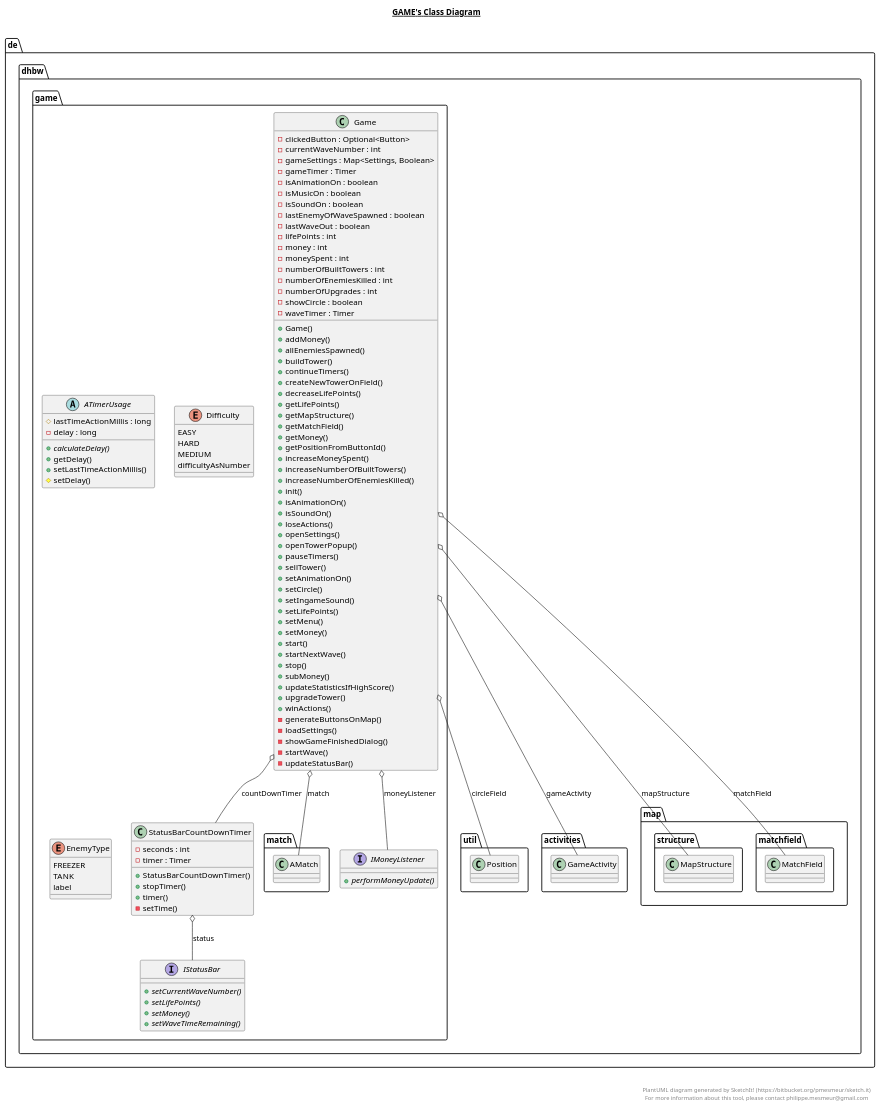
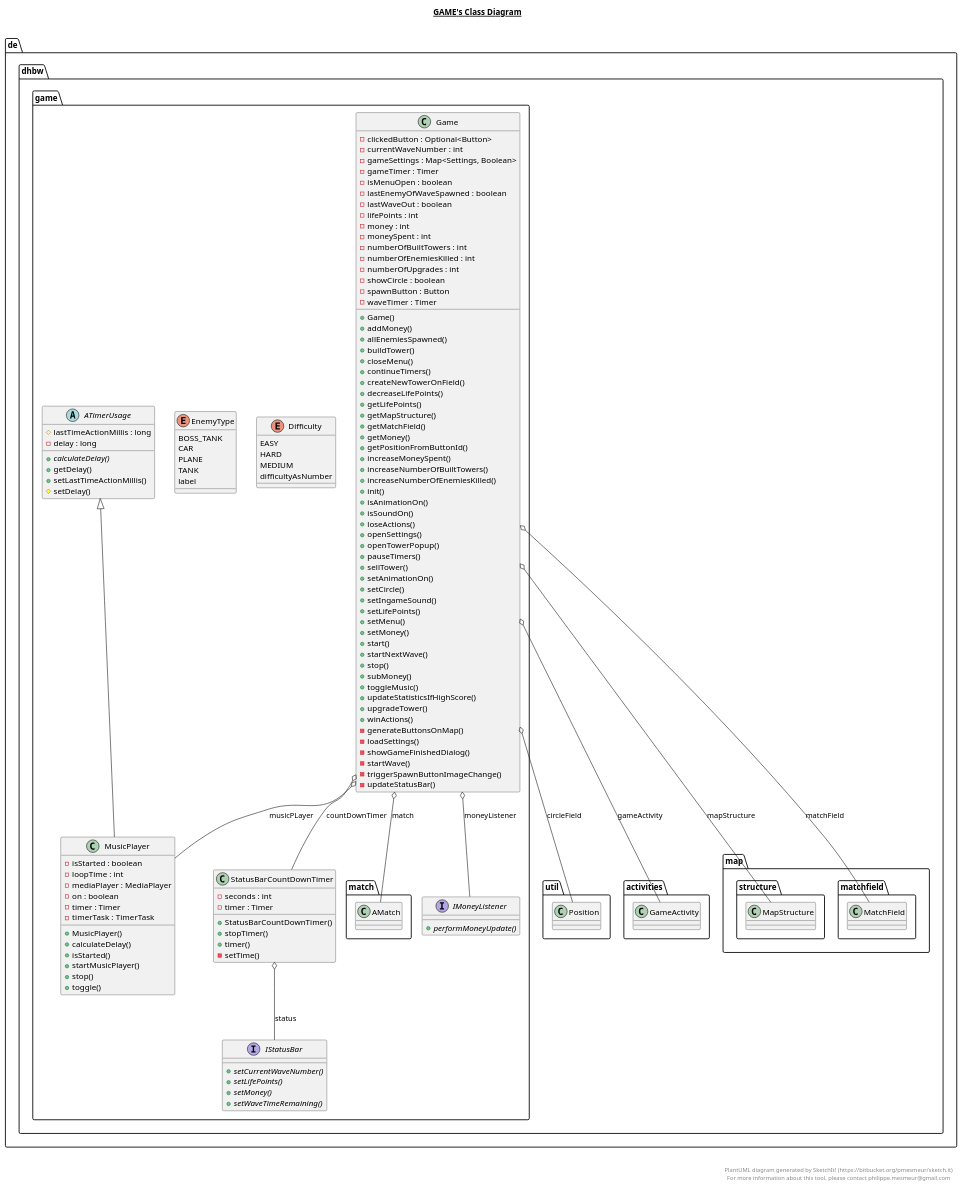
The diagram in app/src/main/java/de/dhbw/game/game.plantuml (niwa99/Tower-Defense), drawn with PlantUML before and after one commit. The commit also changed 12 other files, not shown here.

Commit message:
Update Class Diagram

```diff
--- a/app/src/main/java/de/dhbw/game/game.plantuml
+++ b/app/src/main/java/de/dhbw/game/game.plantuml
@@ -1,160 +1,186 @@
 @startuml
 
 title __GAME's Class Diagram__\n
 
   namespace de.dhbw {
     namespace game {
       abstract class de.dhbw.game.ATimerUsage {
           # lastTimeActionMillis : long
           - delay : long
           {abstract} + calculateDelay()
           + getDelay()
           + setLastTimeActionMillis()
           # setDelay()
       }
     }
   }
   
 
   namespace de.dhbw {
     namespace game {
       enum Difficulty {
         EASY
         HARD
         MEDIUM
         difficultyAsNumber
       }
     }
   }
   
 
   namespace de.dhbw {
     namespace game {
       enum EnemyType {
-        FREEZER
+        BOSS_TANK
+        CAR
+        PLANE
         TANK
         label
       }
     }
   }
   
 
   namespace de.dhbw {
     namespace game {
       class de.dhbw.game.Game {
           - clickedButton : Optional<Button>
           - currentWaveNumber : int
           - gameSettings : Map<Settings, Boolean>
           - gameTimer : Timer
-          - isAnimationOn : boolean
-          - isMusicOn : boolean
-          - isSoundOn : boolean
+          - isMenuOpen : boolean
           - lastEnemyOfWaveSpawned : boolean
           - lastWaveOut : boolean
           - lifePoints : int
           - money : int
           - moneySpent : int
           - numberOfBuiltTowers : int
           - numberOfEnemiesKilled : int
           - numberOfUpgrades : int
           - showCircle : boolean
+          - spawnButton : Button
           - waveTimer : Timer
           + Game()
           + addMoney()
           + allEnemiesSpawned()
           + buildTower()
+          + closeMenu()
           + continueTimers()
           + createNewTowerOnField()
           + decreaseLifePoints()
           + getLifePoints()
           + getMapStructure()
           + getMatchField()
           + getMoney()
           + getPositionFromButtonId()
           + increaseMoneySpent()
           + increaseNumberOfBuiltTowers()
           + increaseNumberOfEnemiesKilled()
           + init()
           + isAnimationOn()
           + isSoundOn()
           + loseActions()
           + openSettings()
           + openTowerPopup()
           + pauseTimers()
           + sellTower()
           + setAnimationOn()
           + setCircle()
           + setIngameSound()
           + setLifePoints()
           + setMenu()
           + setMoney()
           + start()
           + startNextWave()
           + stop()
           + subMoney()
+          + toggleMusic()
           + updateStatisticsIfHighScore()
           + upgradeTower()
           + winActions()
           - generateButtonsOnMap()
           - loadSettings()
           - showGameFinishedDialog()
           - startWave()
+          - triggerSpawnButtonImageChange()
           - updateStatusBar()
       }
     }
   }
   
 
   namespace de.dhbw {
     namespace game {
       interface de.dhbw.game.IMoneyListener {
           {abstract} + performMoneyUpdate()
       }
     }
   }
   
 
   namespace de.dhbw {
     namespace game {
       interface de.dhbw.game.IStatusBar {
           {abstract} + setCurrentWaveNumber()
           {abstract} + setLifePoints()
           {abstract} + setMoney()
           {abstract} + setWaveTimeRemaining()
       }
     }
   }
   
 
   namespace de.dhbw {
     namespace game {
+      class de.dhbw.game.MusicPlayer {
+          - isStarted : boolean
+          - loopTime : int
+          - mediaPlayer : MediaPlayer
+          - on : boolean
+          - timer : Timer
+          - timerTask : TimerTask
+          + MusicPlayer()
+          + calculateDelay()
+          + isStarted()
+          + startMusicPlayer()
+          + stop()
+          + toggle()
+      }
+    }
+  }
+  
+
+  namespace de.dhbw {
+    namespace game {
       class de.dhbw.game.StatusBarCountDownTimer {
           - seconds : int
           - timer : Timer
           + StatusBarCountDownTimer()
           + stopTimer()
           + timer()
           - setTime()
       }
     }
   }
   
 
   de.dhbw.game.Game o-- de.dhbw.util.Position : circleField
   de.dhbw.game.Game o-- de.dhbw.game.StatusBarCountDownTimer : countDownTimer
   de.dhbw.game.Game o-- de.dhbw.activities.GameActivity : gameActivity
   de.dhbw.game.Game o-- de.dhbw.map.structure.MapStructure : mapStructure
   de.dhbw.game.Game o-- de.dhbw.game.match.AMatch : match
   de.dhbw.game.Game o-- de.dhbw.map.matchfield.MatchField : matchField
   de.dhbw.game.Game o-- de.dhbw.game.IMoneyListener : moneyListener
+  de.dhbw.game.Game o-- de.dhbw.game.MusicPlayer : musicPLayer
+  de.dhbw.game.MusicPlayer -up-|> de.dhbw.game.ATimerUsage
   de.dhbw.game.StatusBarCountDownTimer o-- de.dhbw.game.IStatusBar : status
 
 
 right footer
 
 
 PlantUML diagram generated by SketchIt! (https://bitbucket.org/pmesmeur/sketch.it)
 For more information about this tool, please contact philippe.mesmeur@gmail.com
 endfooter
 
 @enduml
```
